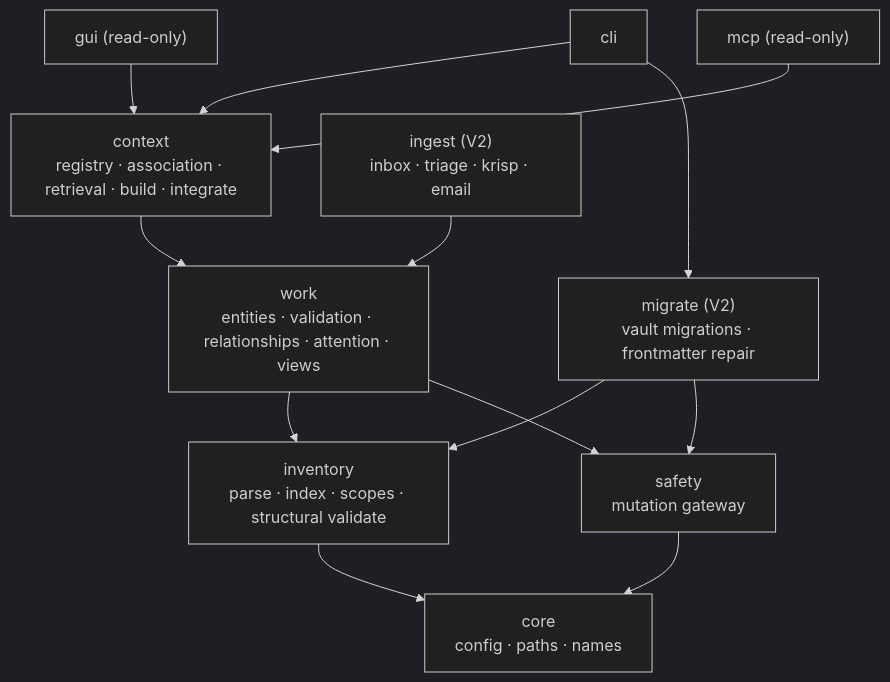
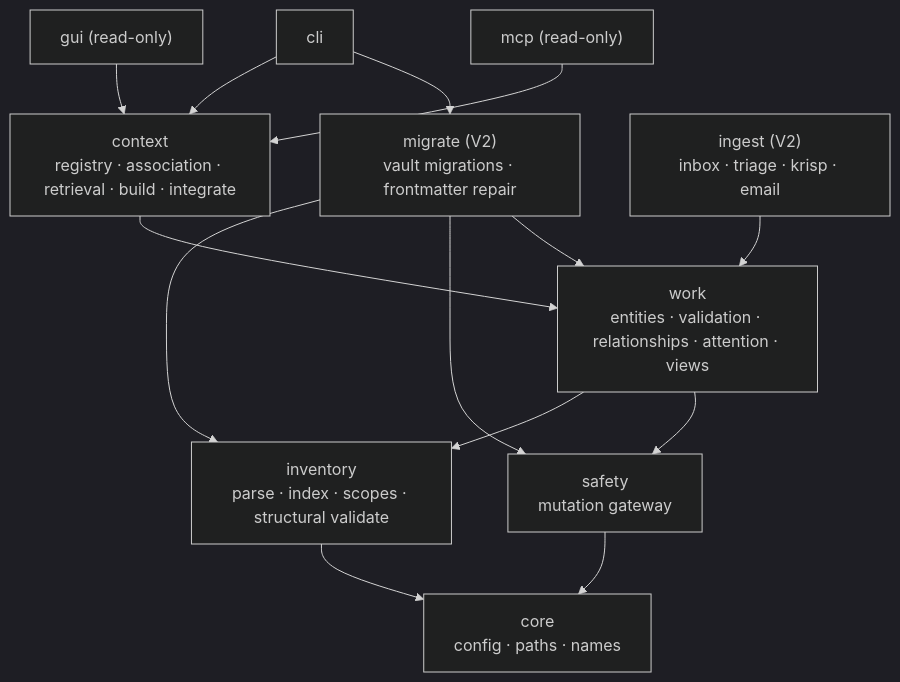
The diagram in docs/architecture.md (creesem/WorkSync), drawn with Mermaid (dark theme) before and after one commit. The commit also changed other lines of this file and 19 other files, not shown here.

Commit message:
feat: normalize vault work-entity schema as a gated migration

````diff
--- a/docs/architecture.md
+++ b/docs/architecture.md
@@ -10,29 +10,30 @@
 ```mermaid
 flowchart TD
     accTitle: WorkSync dependency direction
     accDescr: core is the shared kernel; inventory and safety are foundations; work, context and ingest build upward; cli, gui and mcp are consumers.
 
     core["core<br/>config · paths · names"]
     inv["inventory<br/>parse · index · scopes · structural validate"]
     safety["safety<br/>mutation gateway"]
     work["work<br/>entities · validation · relationships · attention · views"]
     migrate["migrate (V2)<br/>vault migrations · frontmatter repair"]
     ctx["context<br/>registry · association · retrieval · build · integrate"]
     ingest["ingest (V2)<br/>inbox · triage · krisp · email"]
     cli["cli"]
     gui["gui (read-only)"]
     mcp["mcp (read-only)"]
 
     inv --> core
     safety --> core
     work --> inv
     work --> safety
     migrate --> inv
     migrate --> safety
+    migrate --> work
     ctx --> work
     ingest --> work
     cli --> ctx
     cli --> migrate
     gui --> ctx
     mcp --> ctx
 ```
````
